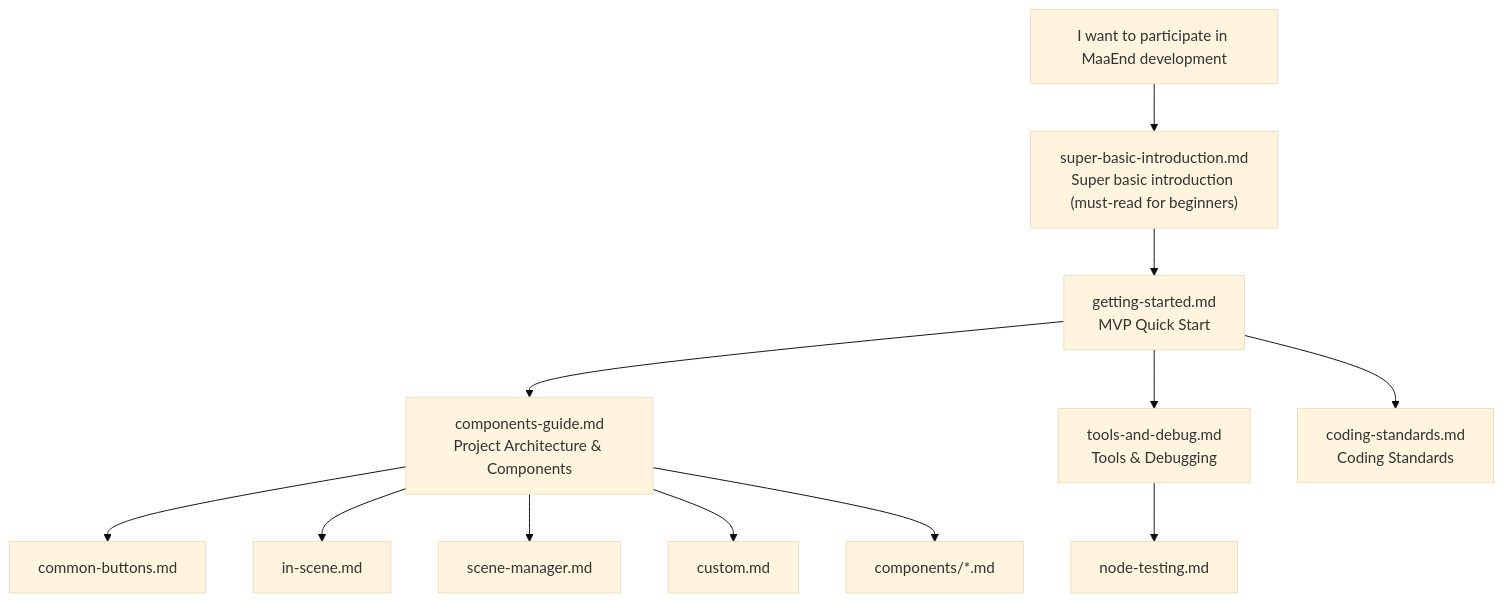
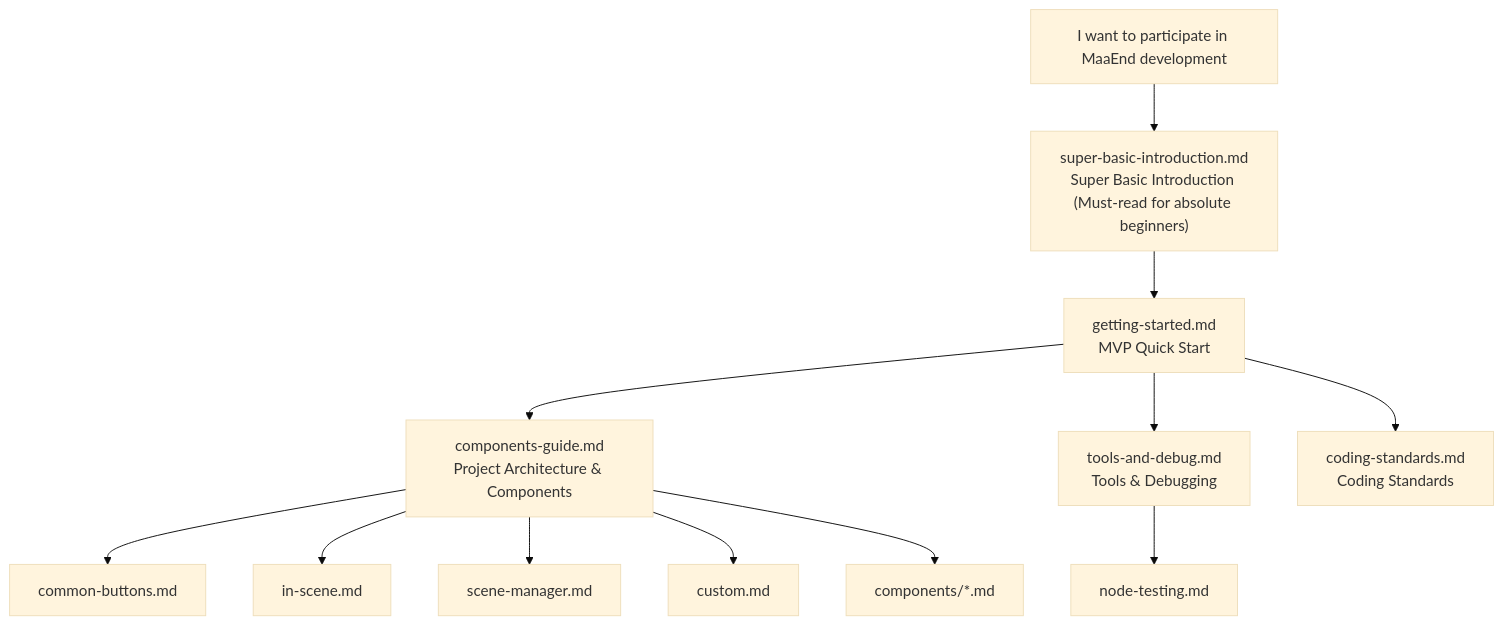
The diagram in docs/en_us/developers/README.md (Koala-27/MaaEnd-Koala), drawn with Mermaid (base theme) before and after one commit. The commit also changed other lines of this file and 22 other files, not shown here.

````diff
--- a/docs/en_us/developers/README.md
+++ b/docs/en_us/developers/README.md
@@ -7,14 +7,14 @@
 ```mermaid
 flowchart TD
-    Start["I want to participate in MaaEnd development"] --> Basic["super-basic-introduction.md\nSuper basic introduction (must-read for beginners)"]
+    Start["I want to participate in MaaEnd development"] --> Basic["super-basic-introduction.md\nSuper Basic Introduction (Must-read for absolute beginners)"]
     Basic --> Tutorial["getting-started.md\nMVP Quick Start"]
     Tutorial --> Components["components-guide.md\nProject Architecture & Components"]
     Tutorial --> Tools["tools-and-debug.md\nTools & Debugging"]
     Tutorial --> Standards["coding-standards.md\nCoding Standards"]
     Components --> CB["common-buttons.md"]
     Components --> SI["in-scene.md"]
     Components --> SM["scene-manager.md"]
     Components --> CU["custom.md"]
     Components --> Comps["components/*.md"]
     Tools --> NT["node-testing.md"]
 ```
````
